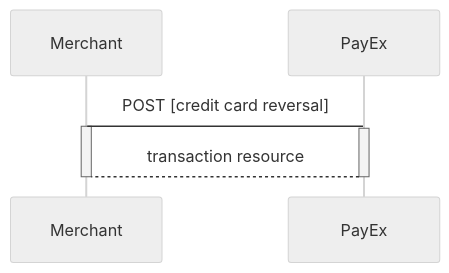
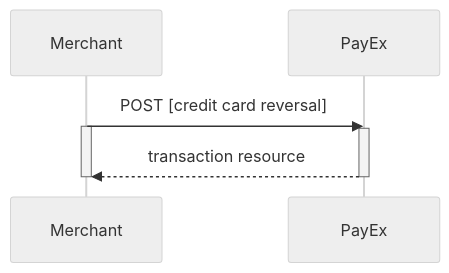
One commit to SwedbankPay/developer.swedbankpay.com changed the seventh of 10 diagrams in payments/credit-card/after-payment.md. Above: the diagram before and after it, drawn with Mermaid (neutral theme). The commit also changed other lines of this file, not shown here.

Commit message:
DX-266 removed link from diagram and added double arrowhead to diagrams

````diff
--- a/payments/credit-card/after-payment.md
+++ b/payments/credit-card/after-payment.md
@@ -664,9 +664,9 @@
 ```mermaid
 sequenceDiagram
-  Merchant->PayEx: POST [credit card reversal]
+  Merchant->>PayEx: POST [credit card reversal]
   Activate Merchant
   Activate PayEx
-  PayEx-->Merchant: transaction resource
+  PayEx-->>Merchant: transaction resource
   Deactivate PayEx
   Deactivate Merchant
 ```
````
